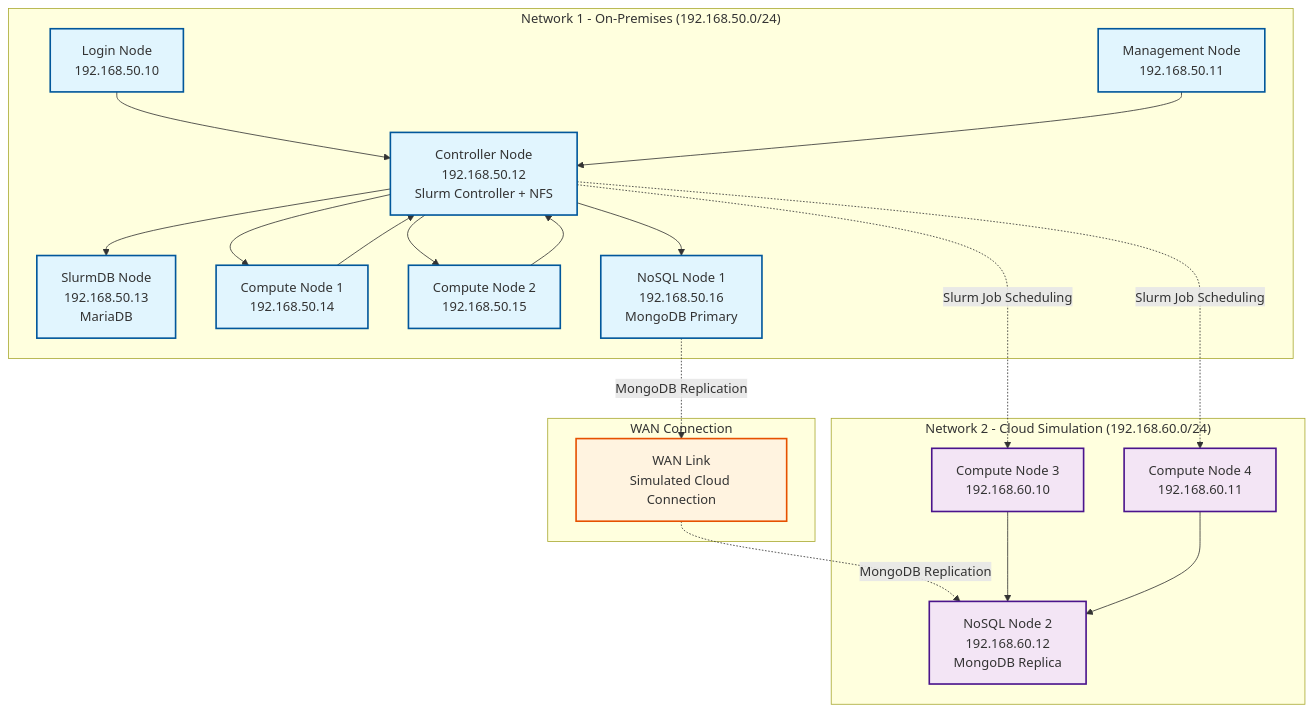
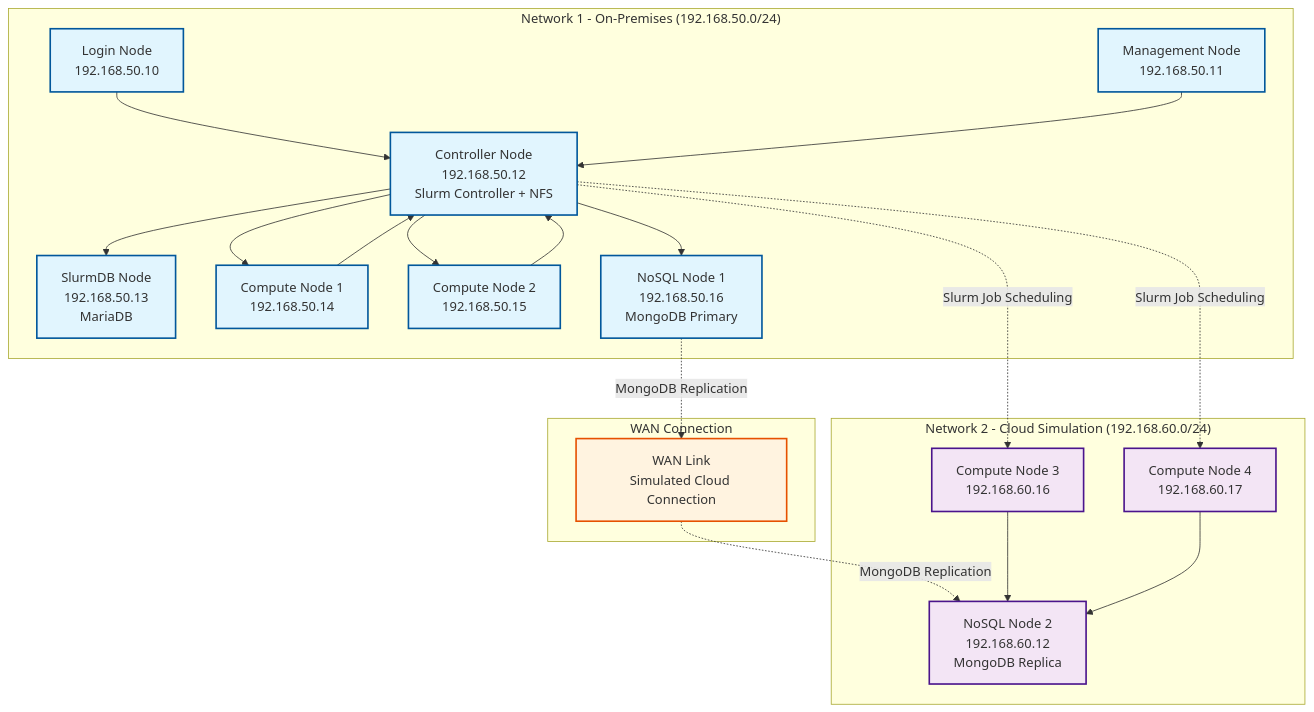
Before and after one commit to zaphodbeeblebrox3rd/Burst-A-Flat: the diagram in README.md, drawn with Mermaid. The commit also changed 21 other files, not shown here.

````diff
--- a/README.md
+++ b/README.md
@@ -44,53 +44,53 @@
 ```mermaid
 graph TB
     subgraph "Network 1 - On-Premises (192.168.50.0/24)"
         LN[Login Node<br/>192.168.50.10]
         MN[Management Node<br/>192.168.50.11]
         CN[Controller Node<br/>192.168.50.12<br/>Slurm Controller + NFS]
         SN[SlurmDB Node<br/>192.168.50.13<br/>MariaDB]
         C1[Compute Node 1<br/>192.168.50.14]
         C2[Compute Node 2<br/>192.168.50.15]
         N1[NoSQL Node 1<br/>192.168.50.16<br/>MongoDB Primary]
     end
     
     subgraph "Network 2 - Cloud Simulation (192.168.60.0/24)"
-        C3[Compute Node 3<br/>192.168.60.10]
-        C4[Compute Node 4<br/>192.168.60.11]
+        C3[Compute Node 3<br/>192.168.60.16]
+        C4[Compute Node 4<br/>192.168.60.17]
         N2[NoSQL Node 2<br/>192.168.60.12<br/>MongoDB Replica]
     end
     
     subgraph "WAN Connection"
         WAN[WAN Link<br/>Simulated Cloud Connection]
     end
     
     %% Network 1 connections
     LN --> CN
     MN --> CN
     CN --> C1
     CN --> C2
     CN --> SN
     CN --> N1
     C1 --> CN
     C2 --> CN
     
     %% WAN connection
     N1 -.->|MongoDB Replication| WAN
     WAN -.->|MongoDB Replication| N2
     
     %% Network 2 connections
     C3 --> N2
     C4 --> N2
     
     %% Cross-network job scheduling
     CN -.->|Slurm Job Scheduling| C3
     CN -.->|Slurm Job Scheduling| C4
     
     %% Styling
     classDef network1 fill:#e1f5fe,stroke:#01579b,stroke-width:2px
     classDef network2 fill:#f3e5f5,stroke:#4a148c,stroke-width:2px
     classDef wan fill:#fff3e0,stroke:#e65100,stroke-width:2px
     
     class LN,MN,CN,SN,C1,C2,N1 network1
     class C3,C4,N2 network2
     class WAN wan
 ```
````
